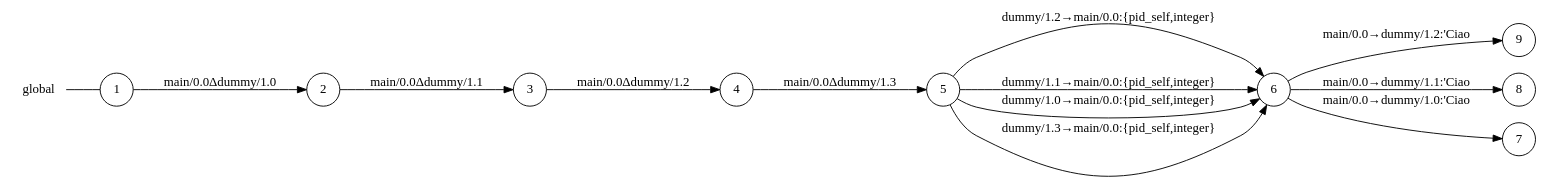
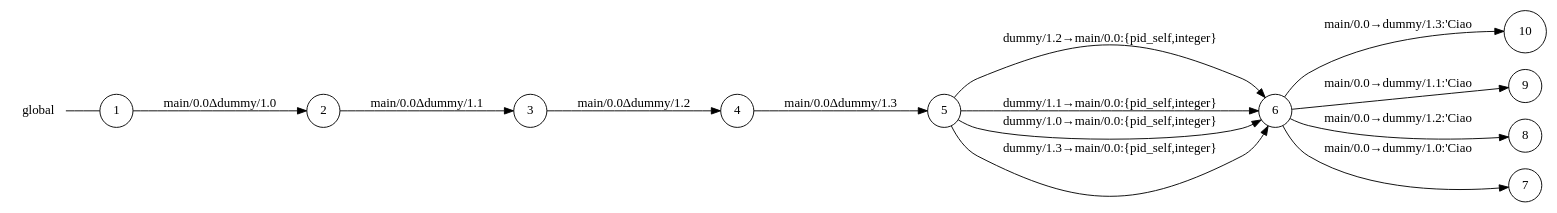
Before and after one commit to gabrielegenovese/chorer: the diagram in examples/conditional-case/main_0_global_view.dot, drawn with Graphviz. The commit also changed 37 other files, not shown here.

```diff
--- a/examples/conditional-case/main_0_global_view.dot
+++ b/examples/conditional-case/main_0_global_view.dot
@@ -1,26 +1,28 @@
 digraph global {
 	rankdir="LR";
 	n_0 [label="global", shape="plaintext"];
 	n_1 [id="5", shape=circle, label="5"];
 	n_2 [id="6", shape=circle, label="6"];
-	n_3 [id="1", shape=circle, label="1"];
-	n_0 -> n_3 [arrowhead=none];
-	n_4 [id="9", shape=circle, label="9"];
-	n_5 [id="2", shape=circle, label="2"];
-	n_6 [id="8", shape=circle, label="8"];
-	n_7 [id="4", shape=circle, label="4"];
-	n_8 [id="7", shape=circle, label="7"];
-	n_9 [id="3", shape=circle, label="3"];
+	n_3 [id="10", shape=circle, label="10"];
+	n_4 [id="1", shape=circle, label="1"];
+	n_0 -> n_4 [arrowhead=none];
+	n_5 [id="9", shape=circle, label="9"];
+	n_6 [id="2", shape=circle, label="2"];
+	n_7 [id="8", shape=circle, label="8"];
+	n_8 [id="4", shape=circle, label="4"];
+	n_9 [id="7", shape=circle, label="7"];
+	n_10 [id="3", shape=circle, label="3"];
 
-	n_2 -> n_4 [id="[$e|10]", label="main/0.0→dummy/1.2:'Ciao"];
-	n_2 -> n_6 [id="[$e|9]", label="main/0.0→dummy/1.1:'Ciao"];
-	n_2 -> n_8 [id="[$e|8]", label="main/0.0→dummy/1.0:'Ciao"];
+	n_2 -> n_5 [id="[$e|10]", label="main/0.0→dummy/1.1:'Ciao"];
+	n_2 -> n_3 [id="[$e|11]", label="main/0.0→dummy/1.3:'Ciao"];
+	n_2 -> n_7 [id="[$e|9]", label="main/0.0→dummy/1.2:'Ciao"];
+	n_2 -> n_9 [id="[$e|8]", label="main/0.0→dummy/1.0:'Ciao"];
 	n_1 -> n_2 [id="[$e|6]", label="dummy/1.2→main/0.0:{pid_self,integer}"];
-	n_7 -> n_1 [id="[$e|3]", label="main/0.0Δdummy/1.3"];
-	n_9 -> n_7 [id="[$e|2]", label="main/0.0Δdummy/1.2"];
+	n_8 -> n_1 [id="[$e|3]", label="main/0.0Δdummy/1.3"];
+	n_10 -> n_8 [id="[$e|2]", label="main/0.0Δdummy/1.2"];
 	n_1 -> n_2 [id="[$e|5]", label="dummy/1.1→main/0.0:{pid_self,integer}"];
-	n_5 -> n_9 [id="[$e|1]", label="main/0.0Δdummy/1.1"];
+	n_6 -> n_10 [id="[$e|1]", label="main/0.0Δdummy/1.1"];
 	n_1 -> n_2 [id="[$e|4]", label="dummy/1.0→main/0.0:{pid_self,integer}"];
 	n_1 -> n_2 [id="[$e|7]", label="dummy/1.3→main/0.0:{pid_self,integer}"];
-	n_3 -> n_5 [id="[$e|0]", label="main/0.0Δdummy/1.0"];
+	n_4 -> n_6 [id="[$e|0]", label="main/0.0Δdummy/1.0"];
 }
```
